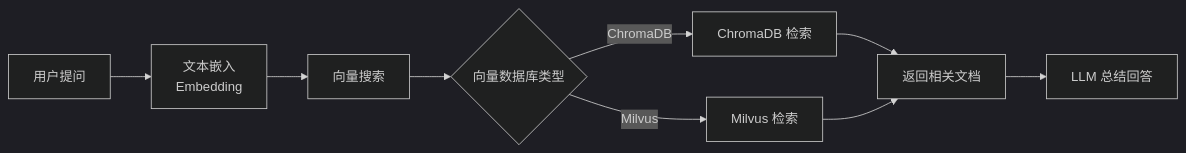
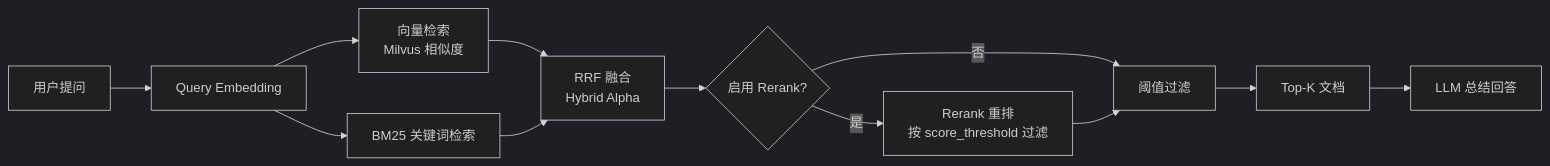
Before and after one commit to xmgfy/MGAgent: the third of 3 diagrams in website/docs/architecture/overview.md, drawn with Mermaid (dark theme). The commit also changed other lines of this file and 67 other files, not shown here.

````diff
--- a/website/docs/architecture/overview.md
+++ b/website/docs/architecture/overview.md
@@ -145,11 +146,14 @@
 ```mermaid
 flowchart LR
-    A[用户提问] --> B["文本嵌入<br/>Embedding"]
-    B --> C[向量搜索]
-    C --> D{向量数据库类型}
-    D -->|ChromaDB| E[ChromaDB 检索]
-    D -->|Milvus| F[Milvus 检索]
-    E --> G[返回相关文档]
-    F --> G
-    G --> H[LLM 总结回答]
+    A[用户提问] --> B["Query Embedding"]
+    B --> C["向量检索<br/>Milvus 相似度"]
+    B --> D["BM25 关键词检索"]
+    C --> E["RRF 融合<br/>Hybrid Alpha"]
+    D --> E
+    E --> F{启用 Rerank?}
+    F -->|是| G["Rerank 重排<br/>按 score_threshold 过滤"]
+    F -->|否| H[阈值过滤]
+    G --> H
+    H --> I["Top-K 文档"]
+    I --> J[LLM 总结回答]
 ```
````
